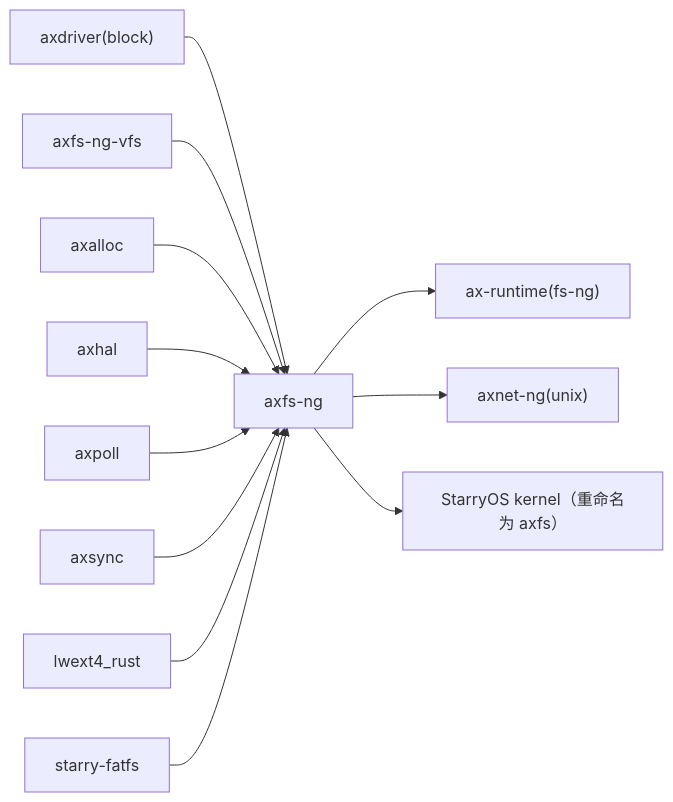
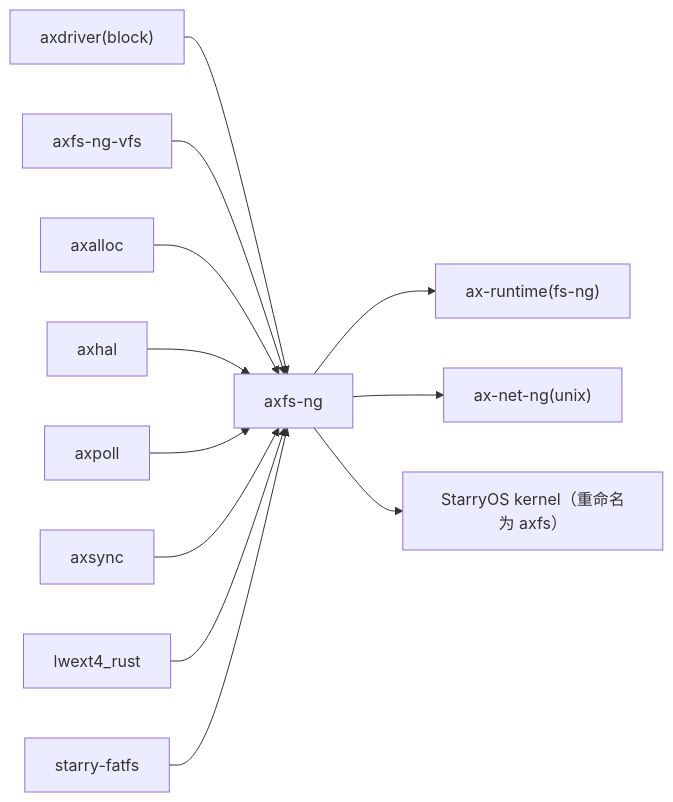
Before and after one commit to zKurisu/tgoskits: the second of 2 diagrams in docs/crates/axfs-ng.md, drawn with Mermaid. The commit also changed other lines of this file and 32 other files, not shown here.

Commit message:
rename axnet-ng to ax-net-ng

````diff
--- a/docs/crates/axfs-ng.md
+++ b/docs/crates/axfs-ng.md
@@ -106,15 +106,15 @@
 ```mermaid
 graph LR
     axdriver["axdriver(block)"] --> current["axfs-ng"]
     axfs_ng_vfs["axfs-ng-vfs"] --> current
     axalloc["axalloc"] --> current
     axhal["axhal"] --> current
     axpoll["axpoll"] --> current
     axsync["axsync"] --> current
     ext4lib["lwext4_rust"] --> current
     fatlib["starry-fatfs"] --> current
 
     current --> ax-runtime["ax-runtime(fs-ng)"]
-    current --> axnet_ng["axnet-ng(unix)"]
+    current --> axnet_ng["ax-net-ng(unix)"]
     current --> starry_kernel["StarryOS kernel（重命名为 axfs）"]
 ```
````
